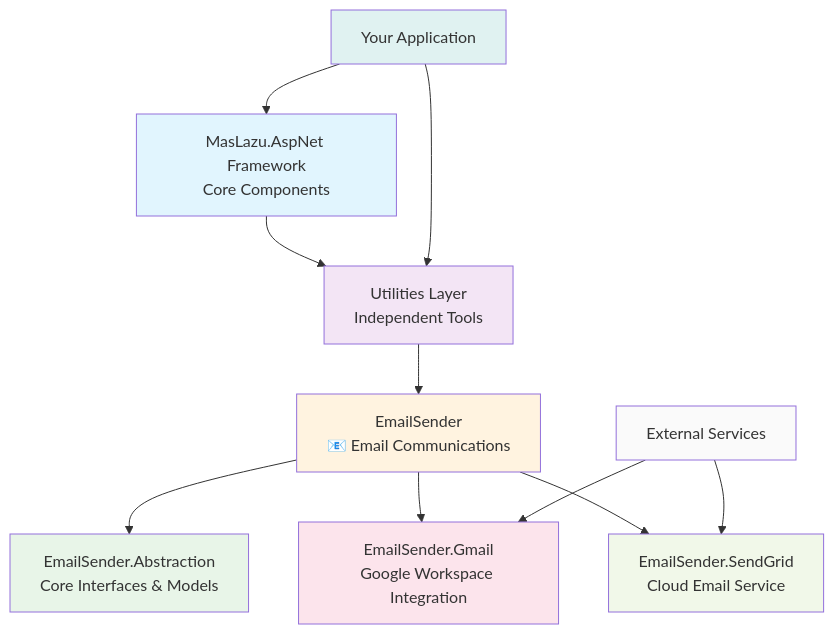
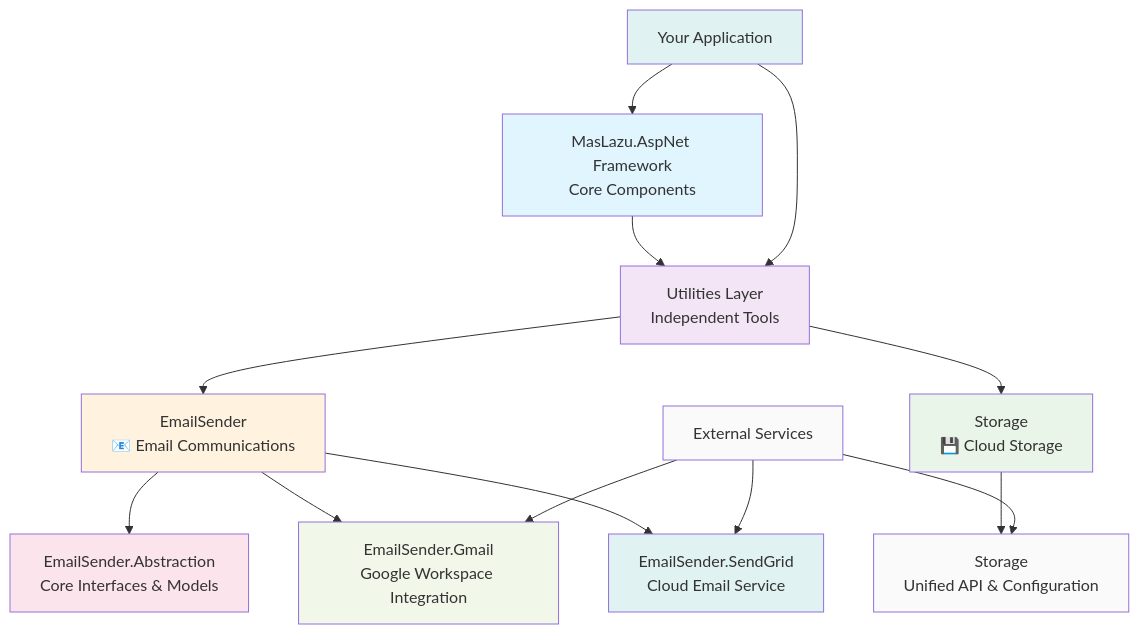
The diagram in documentation/docs/utilities/overview.md (MasLazu/MasLazu.AspNet), drawn with Mermaid before and after one commit. The commit also changed other lines of this file and 2 other files, not shown here.

Commit message:
Add Storage utility documentation and update sidebar

````diff
--- a/documentation/docs/utilities/overview.md
+++ b/documentation/docs/utilities/overview.md
@@ -59,25 +120,31 @@
 ```mermaid
 graph TD
     A[MasLazu.AspNet Framework<br/>Core Components] --> B[Utilities Layer<br/>Independent Tools]
 
     B --> C[EmailSender<br/>📧 Email Communications]
+    B --> D[Storage<br/>💾 Cloud Storage]
 
-    C --> D[EmailSender.Abstraction<br/>Core Interfaces & Models]
-    C --> E[EmailSender.Gmail<br/>Google Workspace Integration]
-    C --> F[EmailSender.SendGrid<br/>Cloud Email Service]
+    C --> E[EmailSender.Abstraction<br/>Core Interfaces & Models]
+    C --> F[EmailSender.Gmail<br/>Google Workspace Integration]
+    C --> G[EmailSender.SendGrid<br/>Cloud Email Service]
 
-    G[Your Application] --> A
-    G --> B
+    D --> H[Storage<br/>Unified API & Configuration]
 
-    H[External Services] --> E
-    H --> F
+    I[Your Application] --> A
+    I --> B
+
+    J[External Services] --> F
+    J --> G
+    J --> H
 
     style A fill:#e1f5fe
     style B fill:#f3e5f5
     style C fill:#fff3e0
     style D fill:#e8f5e8
     style E fill:#fce4ec
     style F fill:#f1f8e9
     style G fill:#e0f2f1
     style H fill:#fafafa
+    style I fill:#e0f2f1
+    style J fill:#fafafa
 ```
````
